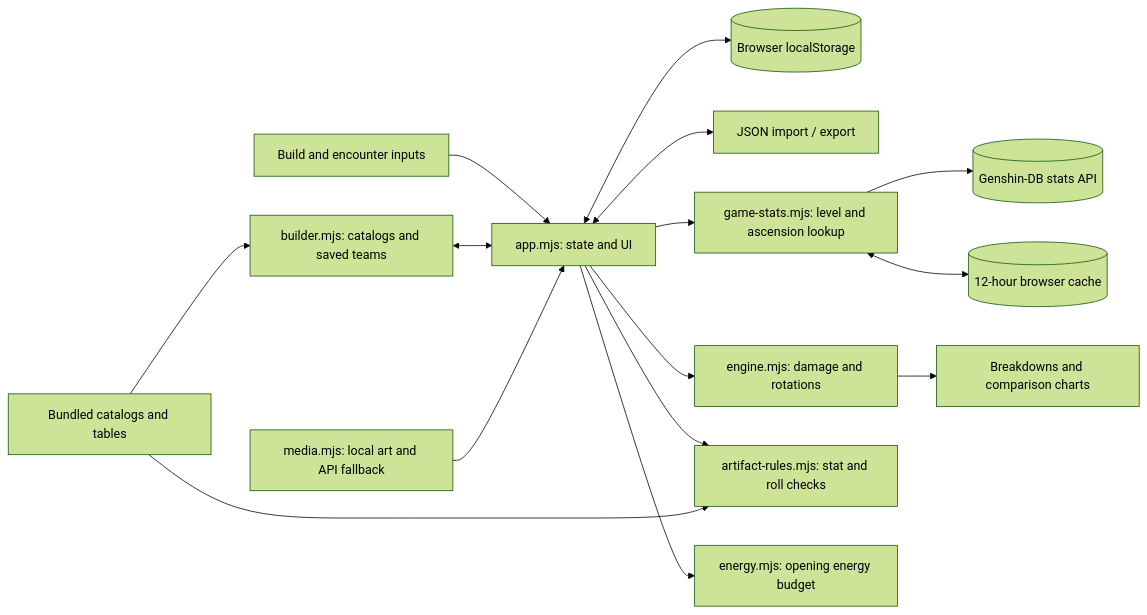
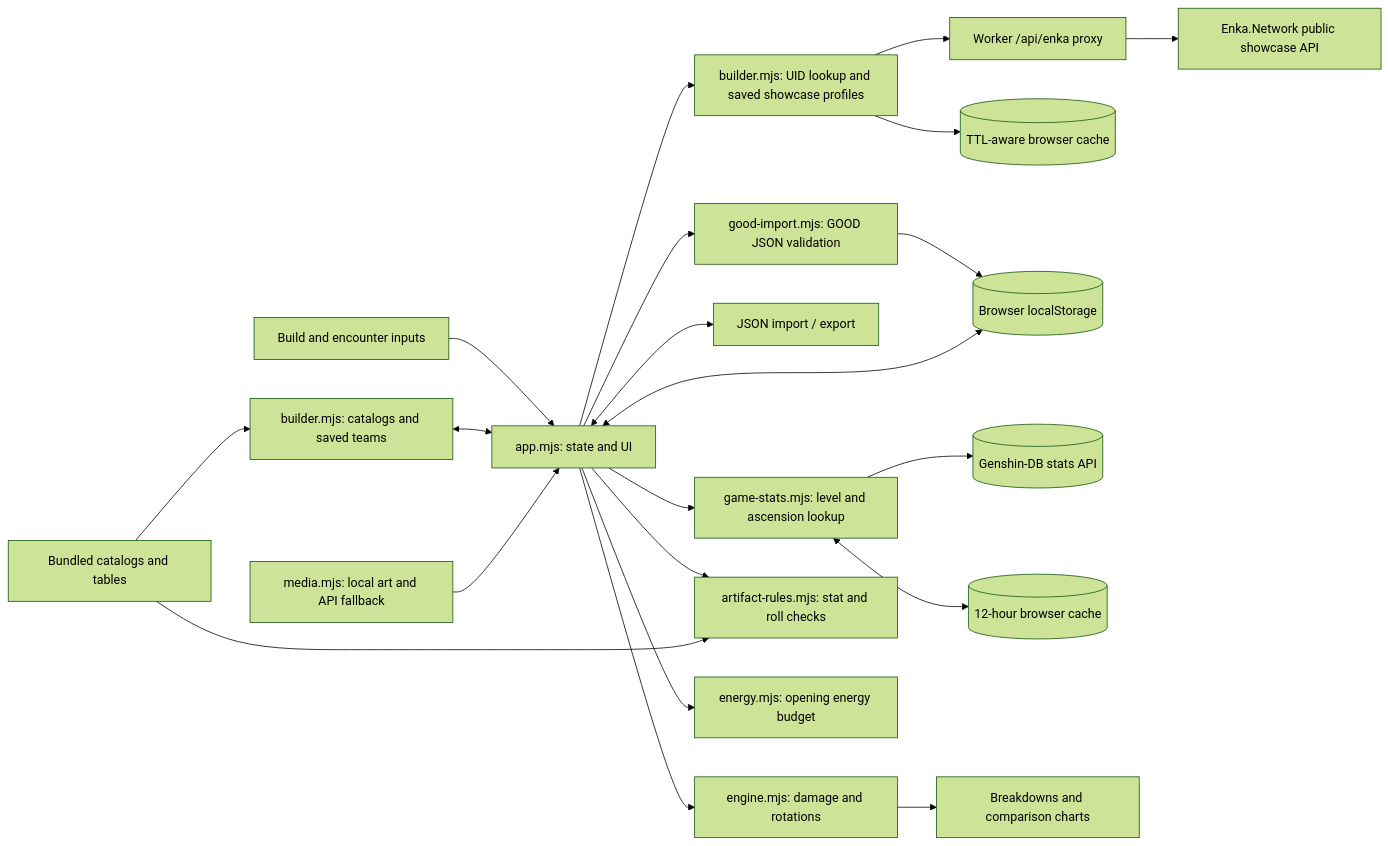
One commit to Skeeb32/stygian-damage-lab changed the diagram in README.md. Above: the diagram before and after it, drawn with Mermaid (forest theme). The commit also changed other lines of this file and 12 other files, not shown here.

Commit message:
Add UID showcase import and live build context

````diff
--- a/README.md
+++ b/README.md
@@ -112,17 +116,23 @@
 ```mermaid
 flowchart LR
     User[Build and encounter inputs] --> App[app.mjs: state and UI]
     Builder[builder.mjs: catalogs and saved teams] <--> App
+    App --> Good[good-import.mjs: GOOD JSON validation]
+    App --> Enka[builder.mjs: UID lookup and saved showcase profiles]
+    Enka --> Worker[Worker /api/enka proxy]
+    Worker --> EnkaAPI[Enka.Network public showcase API]
+    Enka --> EnkaCache[(TTL-aware browser cache)]
+    Good --> Storage
     App <--> Storage[(Browser localStorage)]
     App <--> Backup[JSON import / export]
     App --> GameStats[game-stats.mjs: level and ascension lookup]
     GameStats --> GDB[(Genshin-DB stats API)]
     GameStats <--> Cache[(12-hour browser cache)]
     App --> Damage[engine.mjs: damage and rotations]
     App --> Artifacts[artifact-rules.mjs: stat and roll checks]
     App --> Energy[energy.mjs: opening energy budget]
     Damage --> Results[Breakdowns and comparison charts]
     Data[Bundled catalogs and tables] --> Builder
     Data --> Artifacts
     Media[media.mjs: local art and API fallback] --> App
 ```
````
